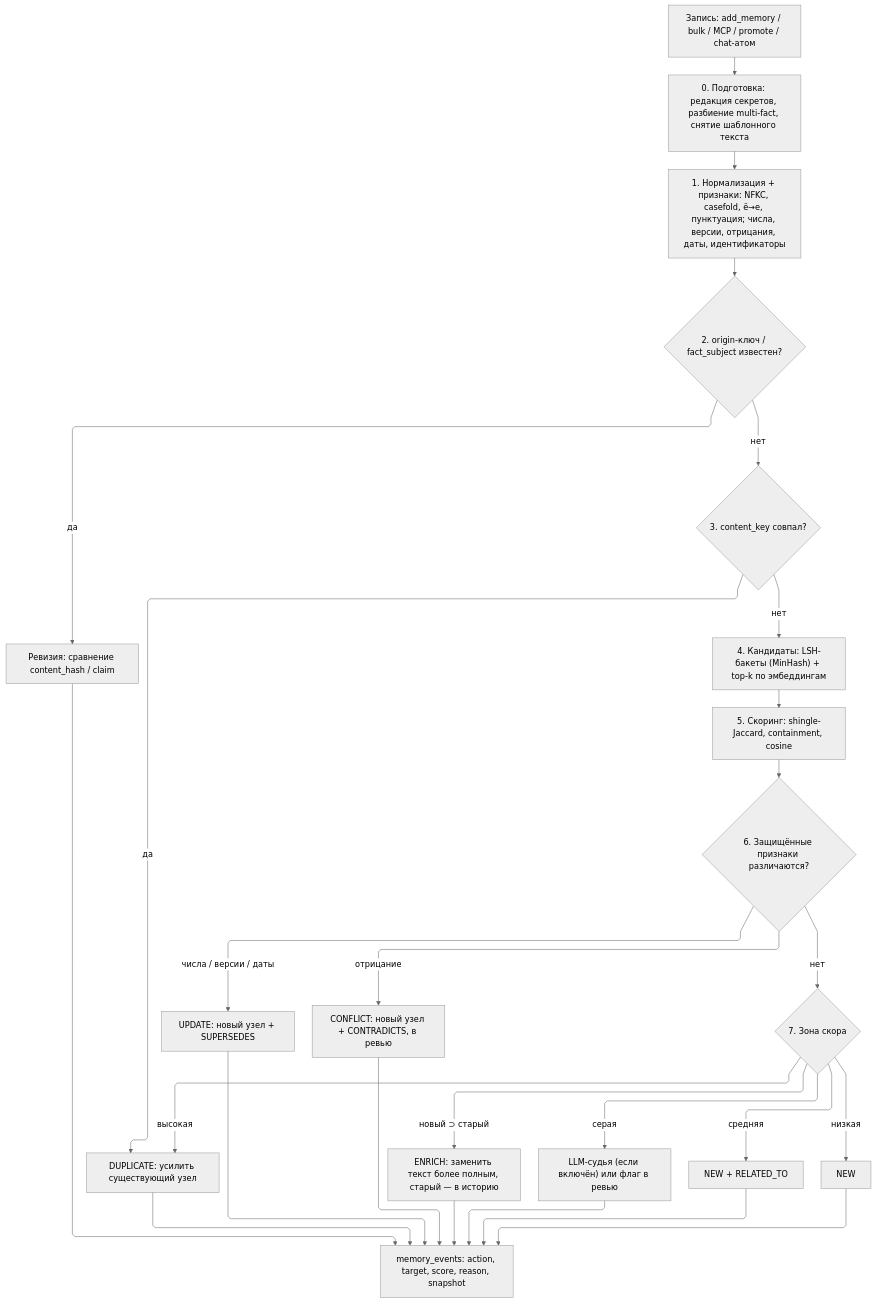
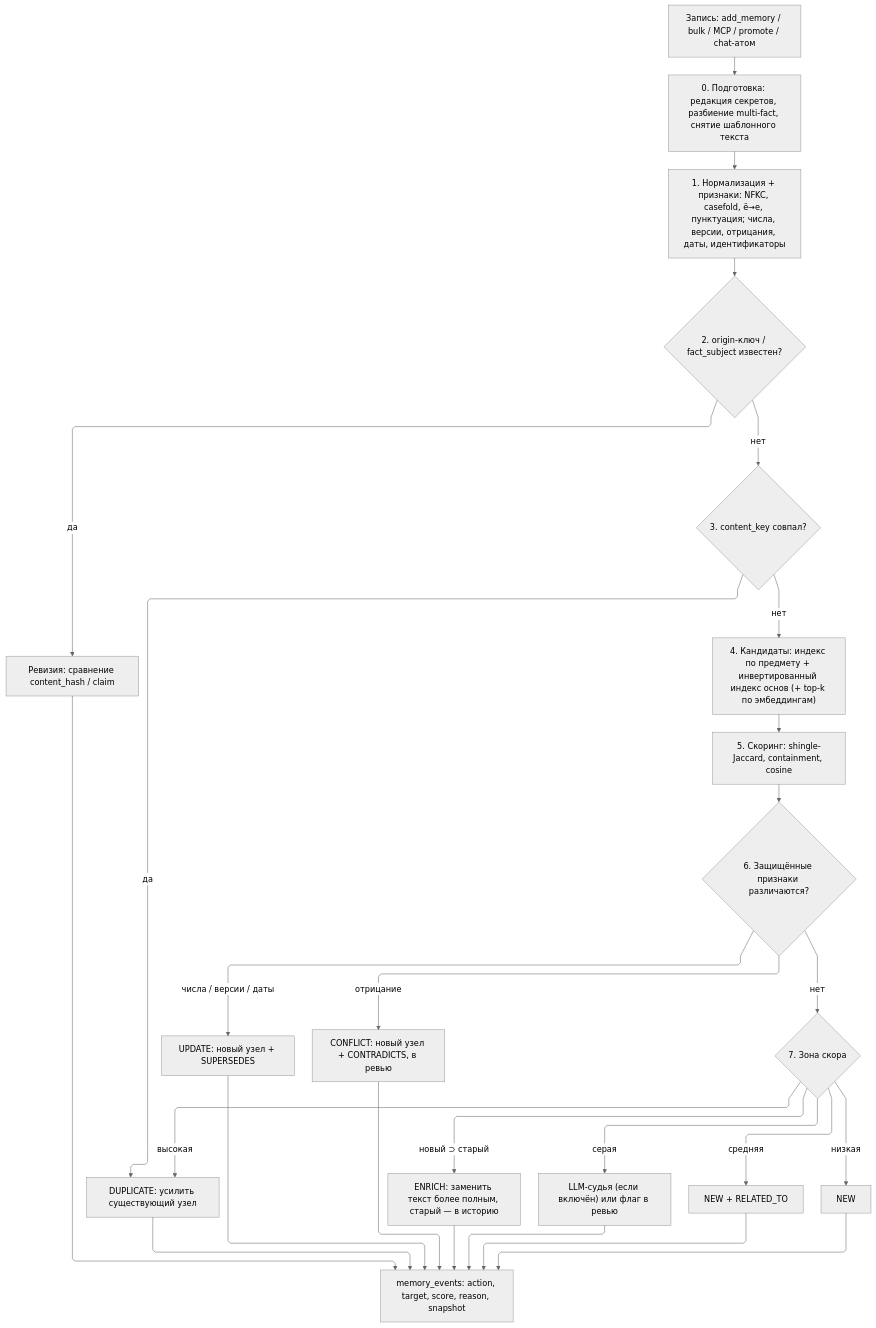
Before and after one commit to a-lutsik/ArchitectOS: the first of 2 diagrams in docs/MEMORY_DEDUP_RU.md, drawn with Mermaid (neutral theme). The commit also changed other lines of this file and 9 other files, not shown here.

````diff
--- a/docs/MEMORY_DEDUP_RU.md
+++ b/docs/MEMORY_DEDUP_RU.md
@@ -94,36 +94,36 @@
 ```mermaid
 ---
 config:
   layout: elk
   flowchart:
     curve: linear
     nodeSpacing: 40
     rankSpacing: 50
 ---
 flowchart TB
     IN["Запись: add_memory / bulk / MCP / promote / chat-атом"] --> PRE["0. Подготовка: редакция секретов, разбиение multi-fact, снятие шаблонного текста"]
     PRE --> NORM["1. Нормализация + признаки: NFKC, casefold, ё→е, пунктуация; числа, версии, отрицания, даты, идентификаторы"]
     NORM --> ORIG{"2. origin-ключ / fact_subject известен?"}
     ORIG -->|"да"| REV["Ревизия: сравнение content_hash / claim"]
     ORIG -->|"нет"| EXACT{"3. content_key совпал?"}
     EXACT -->|"да"| DUP["DUPLICATE: усилить существующий узел"]
-    EXACT -->|"нет"| CAND["4. Кандидаты: LSH-бакеты (MinHash) + top-k по эмбеддингам"]
+    EXACT -->|"нет"| CAND["4. Кандидаты: индекс по предмету + инвертированный индекс основ (+ top-k по эмбеддингам)"]
     CAND --> SCORE["5. Скоринг: shingle-Jaccard, containment, cosine"]
     SCORE --> GUARD{"6. Защищённые признаки различаются?"}
     GUARD -->|"числа / версии / даты"| UPD["UPDATE: новый узел + SUPERSEDES"]
     GUARD -->|"отрицание"| CONF["CONFLICT: новый узел + CONTRADICTS, в ревью"]
     GUARD -->|"нет"| ZONE{"7. Зона скора"}
     ZONE -->|"высокая"| DUP
     ZONE -->|"новый ⊃ старый"| ENR["ENRICH: заменить текст более полным, старый — в историю"]
     ZONE -->|"серая"| JUDGE["LLM-судья (если включён) или флаг в ревью"]
     ZONE -->|"средняя"| REL["NEW + RELATED_TO"]
     ZONE -->|"низкая"| NEW["NEW"]
     REV --> LOG["memory_events: action, target, score, reason, snapshot"]
     DUP --> LOG
     UPD --> LOG
     CONF --> LOG
     ENR --> LOG
     JUDGE --> LOG
     REL --> LOG
     NEW --> LOG
 ```
````
